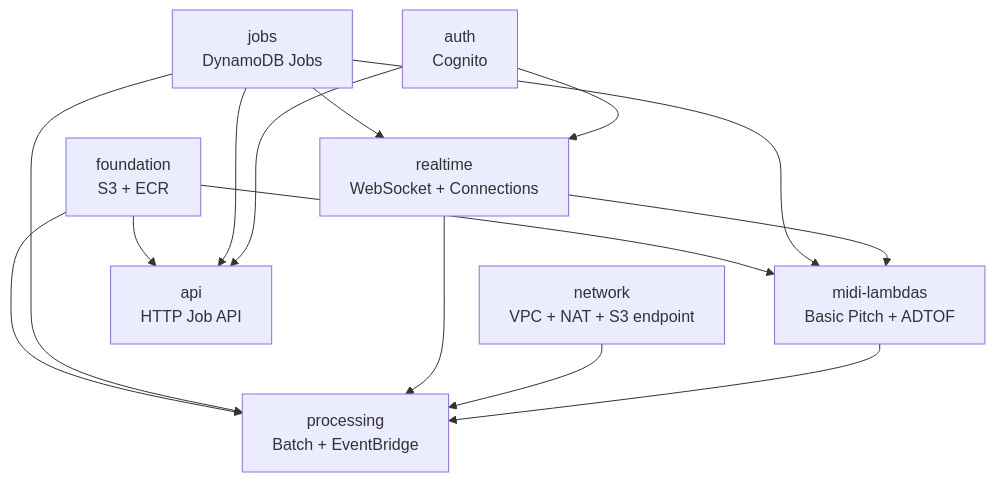
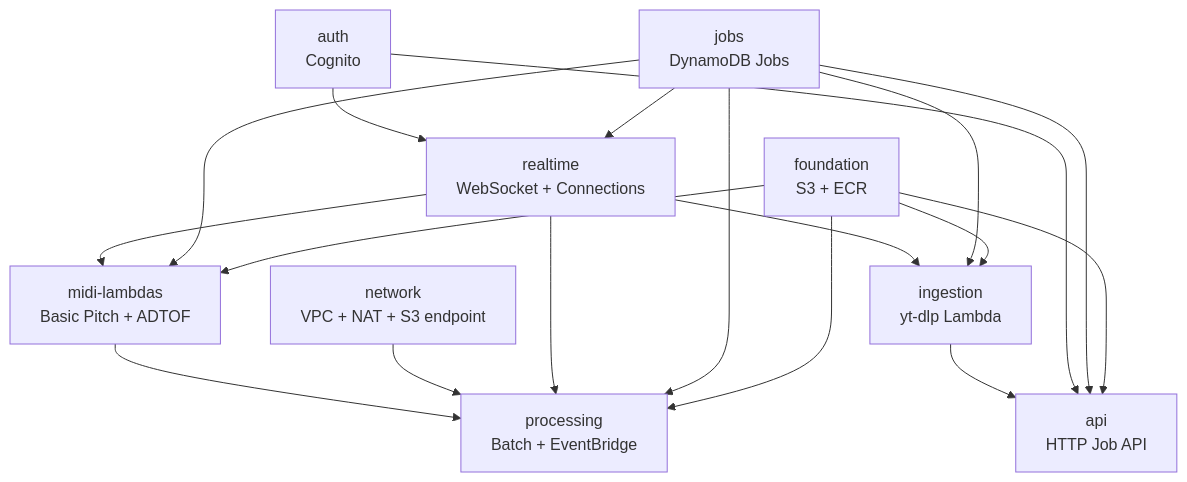
The third of 3 diagrams in docs/architecture.md (Y1ktor/CloudDSP), drawn with Mermaid before and after one commit. The commit also changed other lines of this file and 13 other files, not shown here.

```diff
--- a/docs/architecture.md
+++ b/docs/architecture.md
@@ -472,25 +603,30 @@
 ~~~mermaid
 flowchart TD
     Foundation["foundation<br/>S3 + ECR"]
     Jobs["jobs<br/>DynamoDB Jobs"]
     Auth["auth<br/>Cognito"]
     Network["network<br/>VPC + NAT + S3 endpoint"]
     Realtime["realtime<br/>WebSocket + Connections"]
     Midi["midi-lambdas<br/>Basic Pitch + ADTOF"]
+    Ingestion["ingestion<br/>yt-dlp Lambda"]
     Processing["processing<br/>Batch + EventBridge"]
     Api["api<br/>HTTP Job API"]
 
     Jobs --> Realtime
     Auth --> Realtime
     Foundation --> Midi
     Jobs --> Midi
     Realtime --> Midi
+    Foundation --> Ingestion
+    Jobs --> Ingestion
+    Realtime --> Ingestion
     Foundation --> Processing
     Jobs --> Processing
     Realtime --> Processing
     Network --> Processing
     Midi --> Processing
     Foundation --> Api
     Jobs --> Api
     Auth --> Api
+    Ingestion --> Api
 ~~~
```
